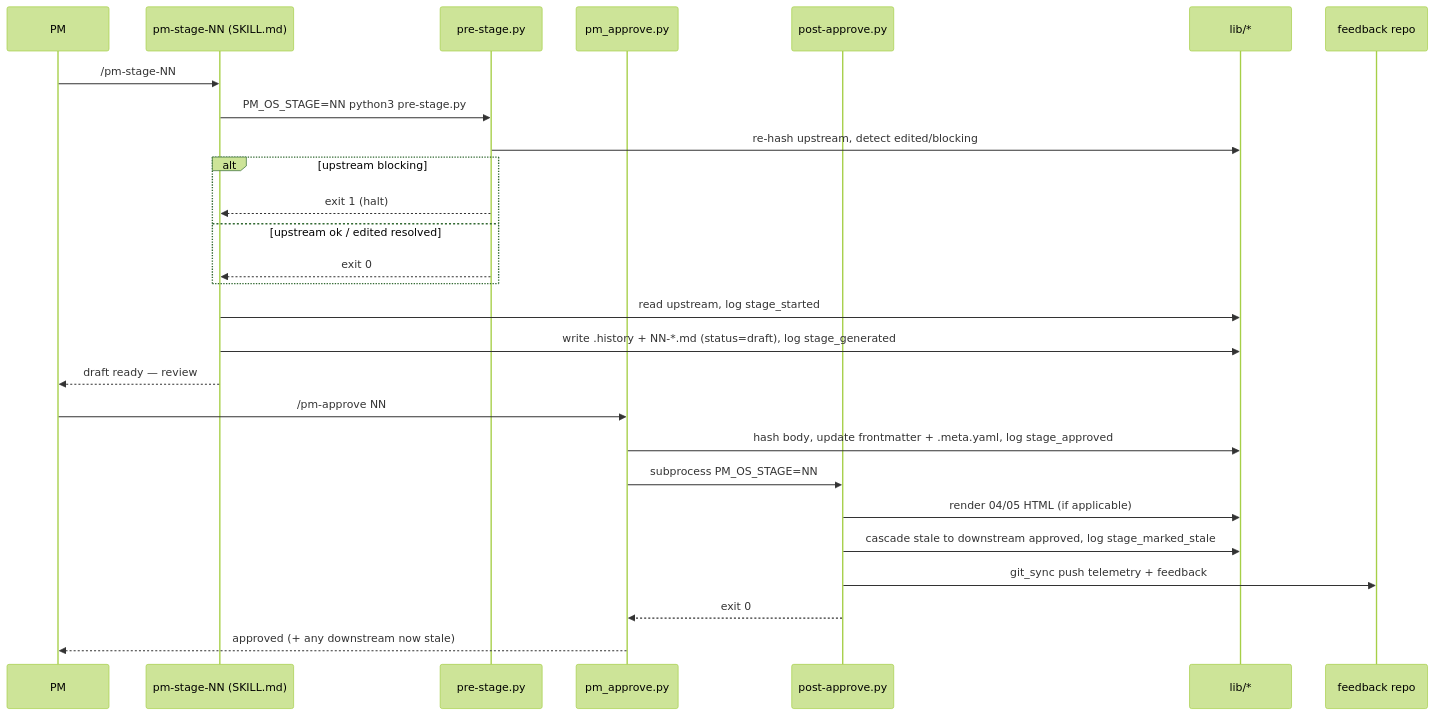
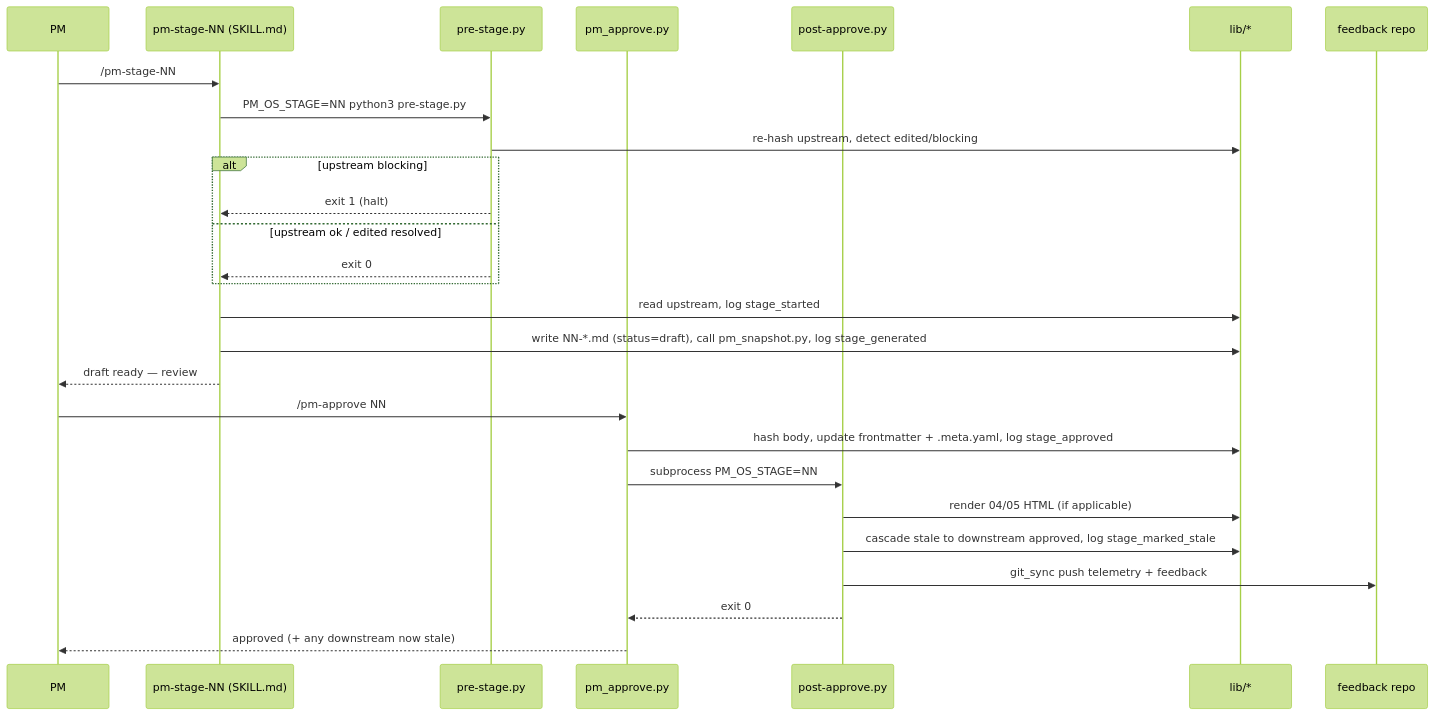
The fifth of 5 diagrams in ARCHITECTURE.md (pingmepi/pm-os), drawn with Mermaid (forest theme) before and after one commit. The commit also changed other lines of this file and 10 other files, not shown here.

Commit message:
docs: sync part 1 roadmap fixes

````diff
--- a/ARCHITECTURE.md
+++ b/ARCHITECTURE.md
@@ -224,31 +225,31 @@
 ```mermaid
 sequenceDiagram
     participant PM
     participant Skill as pm-stage-NN (SKILL.md)
     participant Pre as pre-stage.py
     participant Approve as pm_approve.py
     participant Post as post-approve.py
     participant Lib as lib/*
     participant FB as feedback repo
 
     PM->>Skill: /pm-stage-NN
     Skill->>Pre: PM_OS_STAGE=NN python3 pre-stage.py
     Pre->>Lib: re-hash upstream, detect edited/blocking
     alt upstream blocking
         Pre-->>Skill: exit 1 (halt)
     else upstream ok / edited resolved
         Pre-->>Skill: exit 0
     end
     Skill->>Lib: read upstream, log stage_started
-    Skill->>Lib: write .history + NN-*.md (status=draft), log stage_generated
+    Skill->>Lib: write NN-*.md (status=draft), call pm_snapshot.py, log stage_generated
     Skill-->>PM: draft ready — review
 
     PM->>Approve: /pm-approve NN
     Approve->>Lib: hash body, update frontmatter + .meta.yaml, log stage_approved
     Approve->>Post: subprocess PM_OS_STAGE=NN
     Post->>Lib: render 04/05 HTML (if applicable)
     Post->>Lib: cascade stale to downstream approved, log stage_marked_stale
     Post->>FB: git_sync push telemetry + feedback
     Post-->>Approve: exit 0
     Approve-->>PM: approved (+ any downstream now stale)
 ```
````
